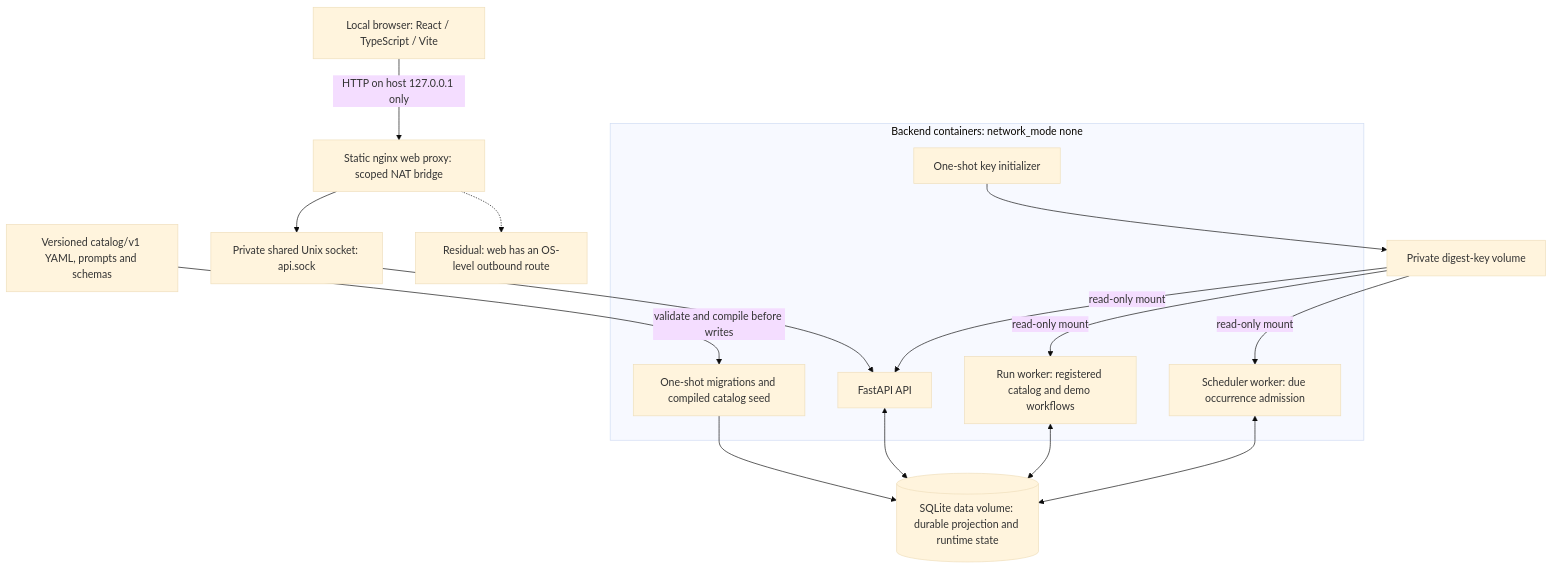
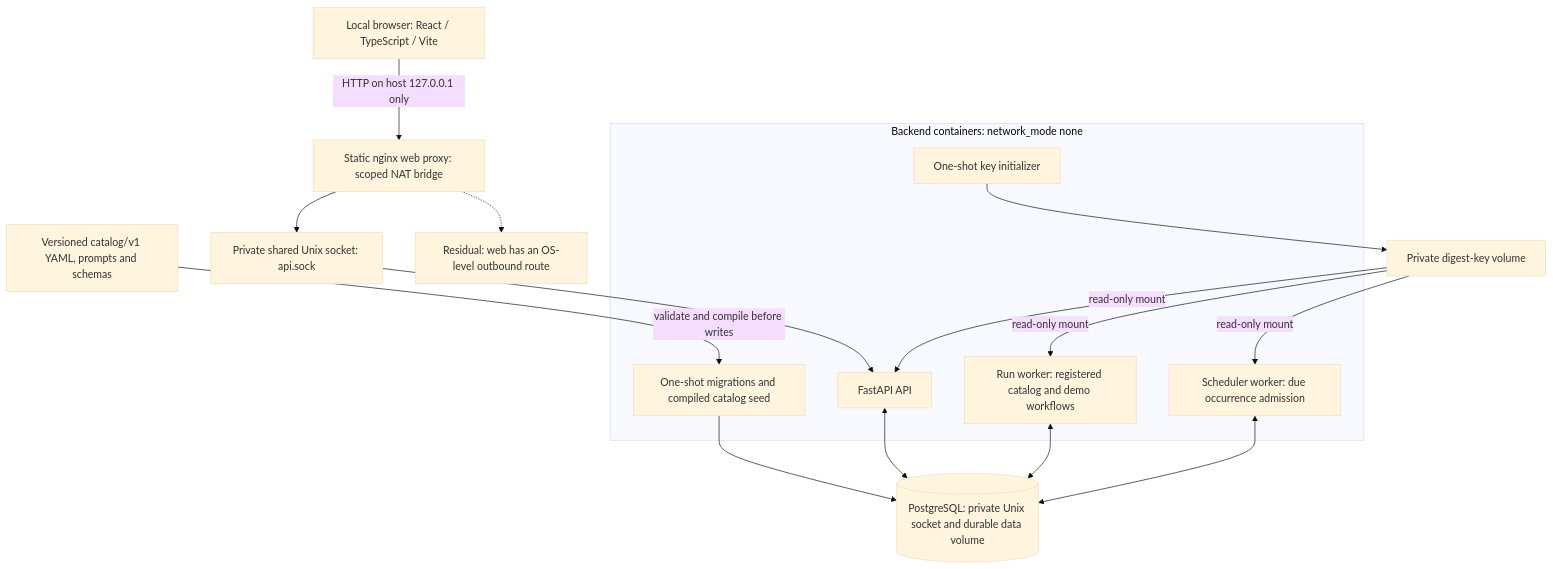
One commit to felipe-cosse/Marketing-Agents changed the diagram in docs/architecture.md. Above: the diagram before and after it, drawn with Mermaid (base theme). The commit also changed other lines of this file and 56 other files, not shown here.

First line of the commit message:
[DEL-10] Make PostgreSQL the primary local database

````diff
--- a/docs/architecture.md
+++ b/docs/architecture.md
@@ -16,29 +16,29 @@
 ```mermaid
 flowchart TB
     Browser[Local browser: React / TypeScript / Vite]
     Web[Static nginx web proxy: scoped NAT bridge]
     Socket[Private shared Unix socket: api.sock]
     Outbound[Residual: web has an OS-level outbound route]
     Catalog[Versioned catalog/v1 YAML, prompts and schemas]
-    DB[(SQLite data volume: durable projection and runtime state)]
+    DB[(PostgreSQL: private Unix socket and durable data volume)]
     Key[Private digest-key volume]
     subgraph Backend[Backend containers: network_mode none]
         Init[One-shot key initializer]
         Seed[One-shot migrations and compiled catalog seed]
         API[FastAPI API]
         Worker[Run worker: registered catalog and demo workflows]
         Scheduler[Scheduler worker: due occurrence admission]
     end
     Browser -->|HTTP on host 127.0.0.1 only| Web
     Web --> Socket --> API
     Web -.-> Outbound
     Catalog -->|validate and compile before writes| Seed
     Init --> Key
     Key -->|read-only mount| API
     Key -->|read-only mount| Worker
     Key -->|read-only mount| Scheduler
     Seed --> DB
     API <--> DB
     Worker <--> DB
     Scheduler <--> DB
 ```
````
